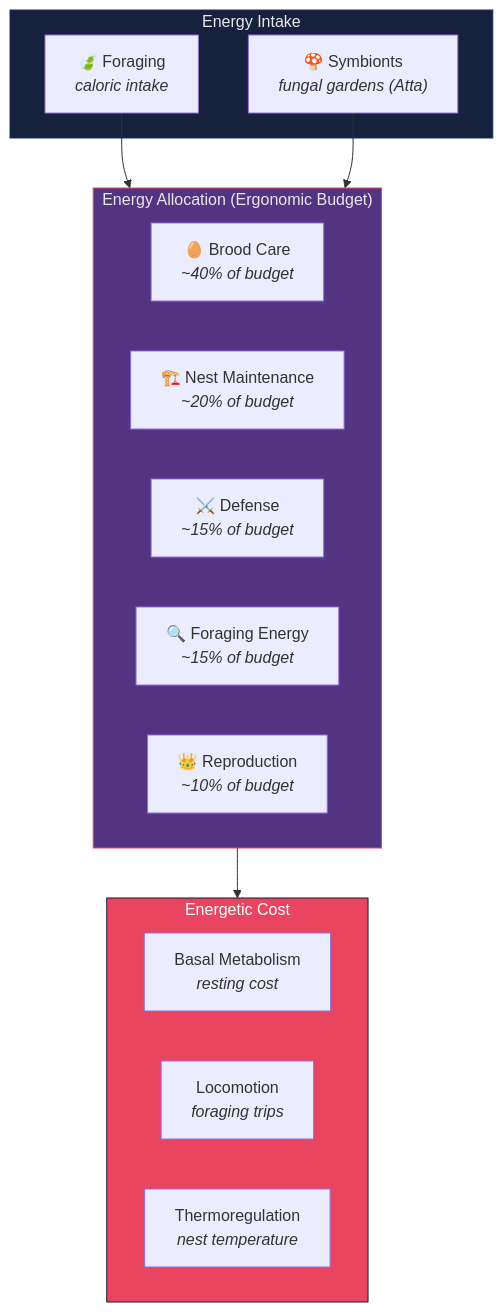
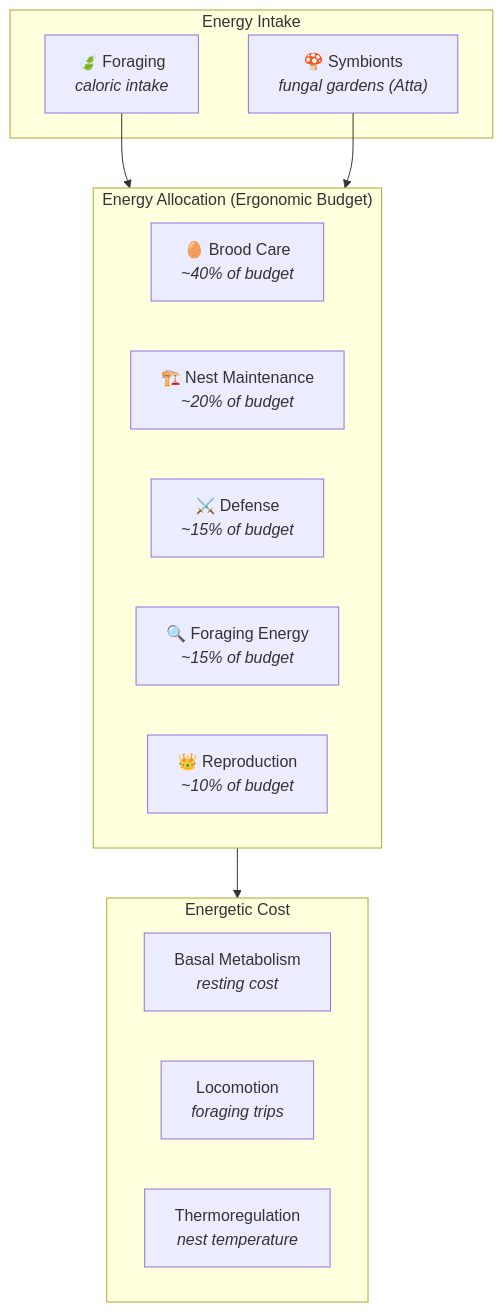
Before and after one commit to docxology/codomyrmex: the first of 2 diagrams in docs/bio/metabolism.md, drawn with Mermaid. The commit also changed other lines of this file and 86 other files, not shown here.

````diff
--- a/docs/bio/metabolism.md
+++ b/docs/bio/metabolism.md
@@ -19,29 +19,25 @@
 ```mermaid
 graph TB
     subgraph INTAKE["Energy Intake"]
         FORAGE_I["🍃 Foraging<br/><i>caloric intake</i>"]
         SYMBIONTS["🍄 Symbionts<br/><i>fungal gardens (Atta)</i>"]
     end
 
     subgraph ALLOCATION["Energy Allocation (Ergonomic Budget)"]
         BROOD["🥚 Brood Care<br/><i>~40% of budget</i>"]
         MAINTENANCE["🏗️ Nest Maintenance<br/><i>~20% of budget</i>"]
         DEFENSE_E["⚔️ Defense<br/><i>~15% of budget</i>"]
         FORAGING["🔍 Foraging Energy<br/><i>~15% of budget</i>"]
         REPRO_E["👑 Reproduction<br/><i>~10% of budget</i>"]
     end
 
     subgraph EXPENDITURE["Energetic Cost"]
         BASAL["Basal Metabolism<br/><i>resting cost</i>"]
         LOCOMOTION["Locomotion<br/><i>foraging trips</i>"]
         THERMO_E["Thermoregulation<br/><i>nest temperature</i>"]
     end
 
     FORAGE_I --> ALLOCATION
     SYMBIONTS --> ALLOCATION
     ALLOCATION --> EXPENDITURE
-
-    style INTAKE fill:#16213e,stroke:#0f3460,color:#e8e8e8
-    style ALLOCATION fill:#533483,stroke:#e94560,color:#e8e8e8
-    style EXPENDITURE fill:#e94560,stroke:#1a1a2e,color:#fff
 ```
````
